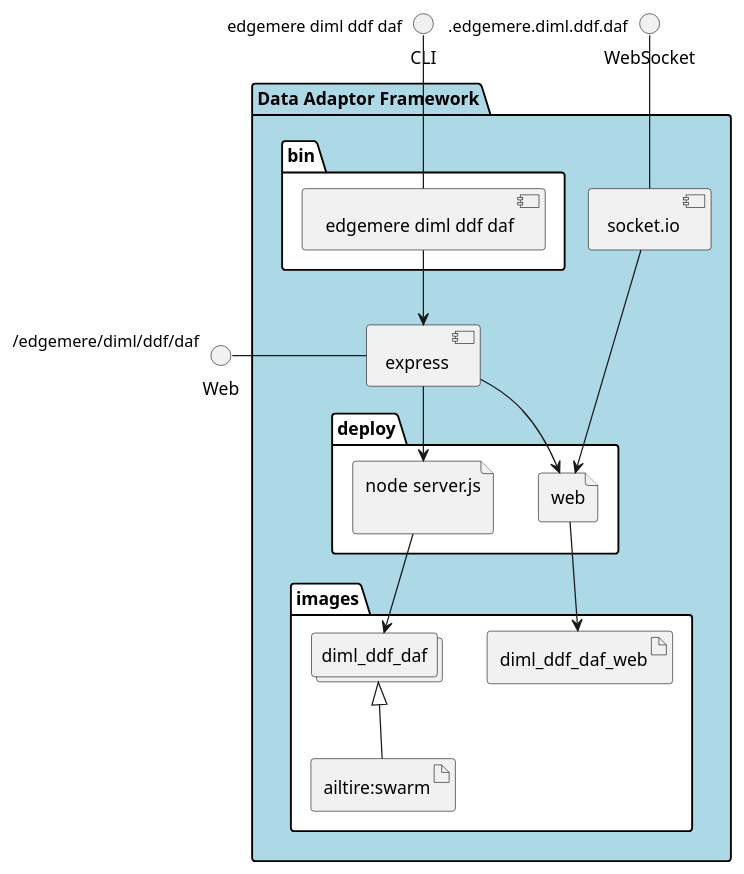
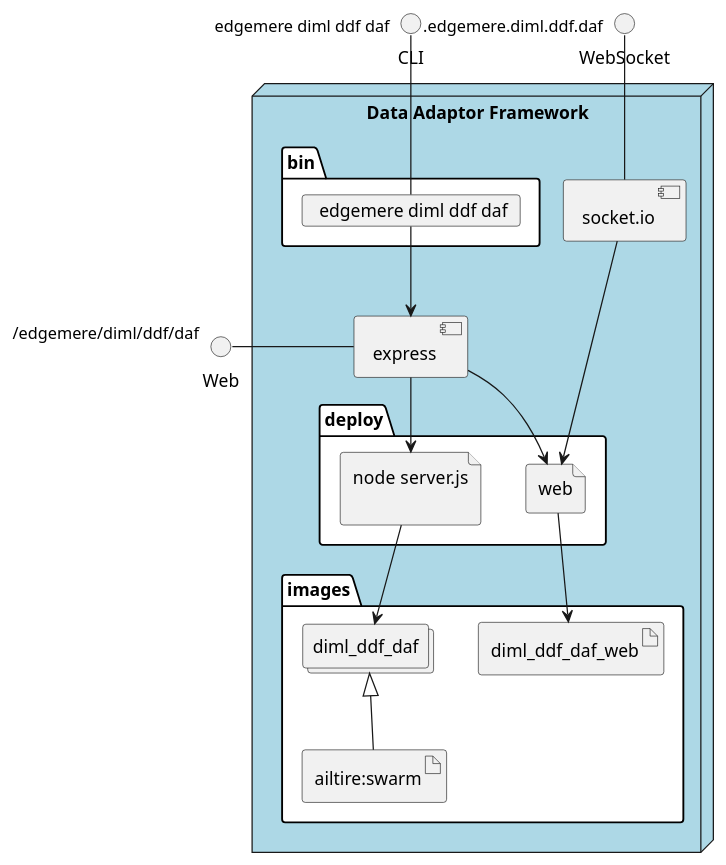
Before and after one commit to madajaju/edgemere: the diagram in docs/edgemere/diml/ddf/daf/envs/prod/physical.puml, drawn with PlantUML. The commit also changed 957 other files, not shown here.

```diff
--- a/docs/edgemere/diml/ddf/daf/envs/prod/physical.puml
+++ b/docs/edgemere/diml/ddf/daf/envs/prod/physical.puml
@@ -1,39 +1,39 @@
 @startuml
   interface CLI
   interface Web
   interface WebSocket
-package "Data Adaptor Framework" #lightblue {
+node "Data Adaptor Framework" #lightblue {
   component express as REST
   component socket.io as socket
   folder bin #ffffff {
-    component " edgemere diml ddf daf" as binName
+    card " edgemere diml ddf daf" as binName
   }
   binName --> REST
 
   folder deploy #ffffff {
       file "node server.js\n" as diml_ddf_daf_container
       REST --> diml_ddf_daf_container
 
-  
+
     file "web" as web_container
     REST --> web_container
     socket ---> web_container
-  
+
   }
   folder images #ffffff {
     collections "diml_ddf_daf" as diml_ddf_dafimage
     artifact "ailtire:swarm" as ailtireswarm
     diml_ddf_dafimage <|-- ailtireswarm
     diml_ddf_daf_container --> diml_ddf_dafimage
 
-  
+
       artifact "diml_ddf_daf_web" as diml_ddf_daf_web
       web_container --> diml_ddf_daf_web
-    
+
   }
 }
 CLI " edgemere diml ddf daf" -- binName
 Web "/edgemere/diml/ddf/daf" - REST
 WebSocket ".edgemere.diml.ddf.daf" -- socket
 
 @enduml
```
